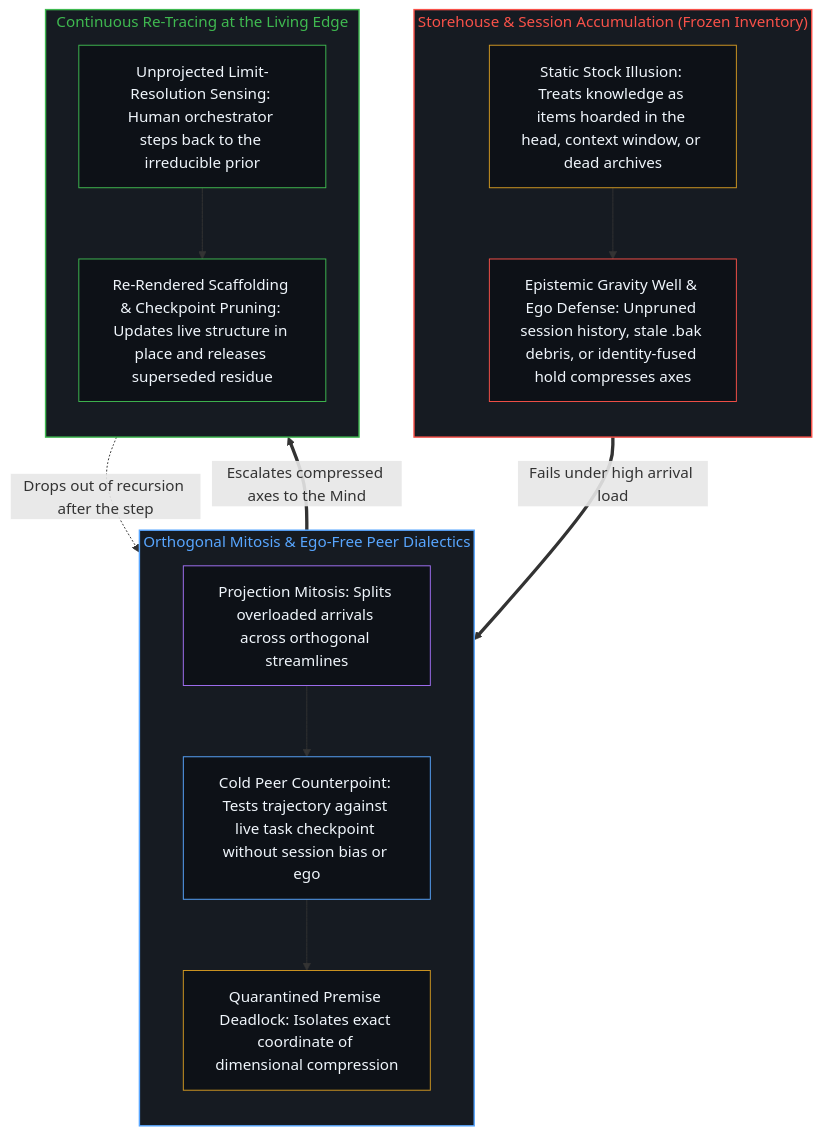
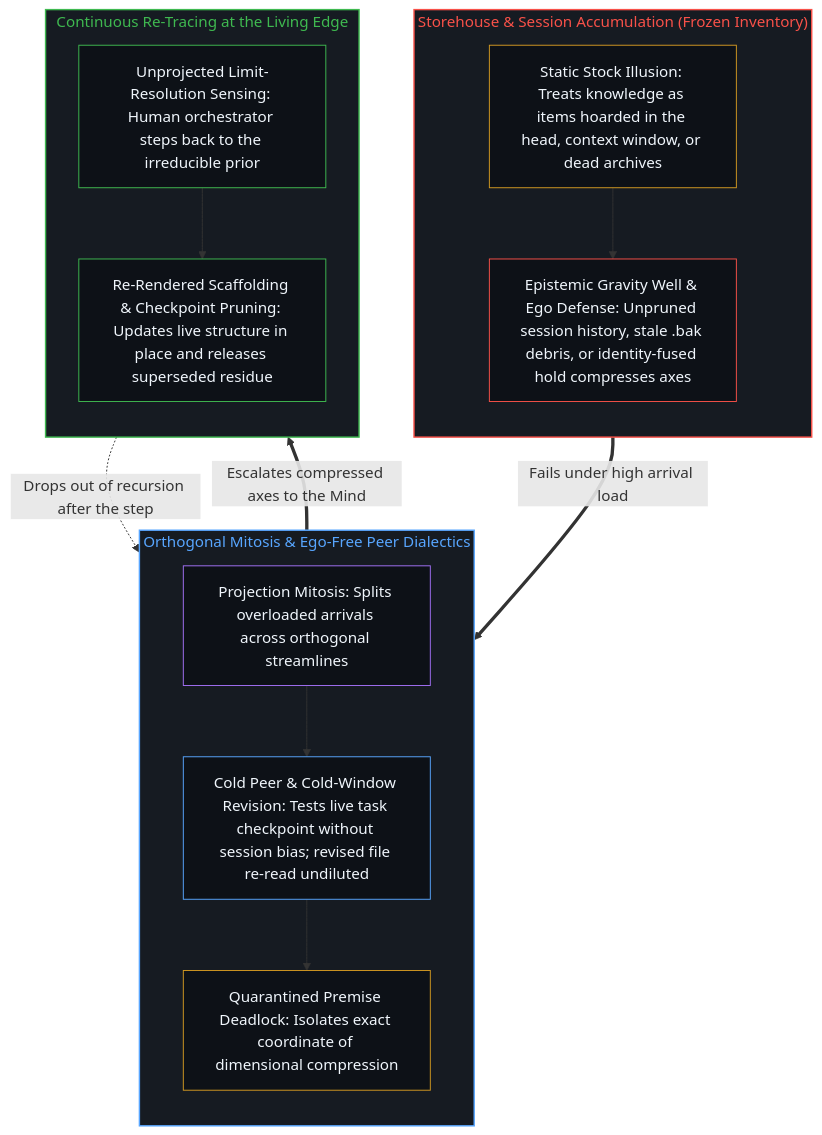
The second of 2 diagrams in content/posts/the-real-scarcity-is-not-memory-but-continuous-re-tracing.md (powerpig99/not-a-toe), drawn with Mermaid before and after one commit. The commit also changed other lines of this file and 48 other files, not shown here.

````diff
--- a/content/posts/the-real-scarcity-is-not-memory-but-continuous-re-tracing.md
+++ b/content/posts/the-real-scarcity-is-not-memory-but-continuous-re-tracing.md
@@ -107,35 +107,35 @@
 ```mermaid
 flowchart TD
     subgraph S_Store["Storehouse & Session Accumulation (Frozen Inventory)"]
         direction TB
         Stock["Static Stock Illusion: Treats knowledge as items hoarded in the head, context window, or dead archives"]
         Well["Epistemic Gravity Well & Ego Defense: Unpruned session history, stale .bak debris, or identity-fused hold compresses axes"]
         Stock --> Well
     end
     subgraph S_Dialectics["Orthogonal Mitosis & Ego-Free Peer Dialectics"]
         direction TB
         Mitosis["Projection Mitosis: Splits overloaded arrivals across orthogonal streamlines"]
-        Peer["Cold Peer Counterpoint: Tests trajectory against live task checkpoint without session bias or ego"]
+        Peer["Cold Peer & Cold-Window Revision: Tests live task checkpoint without session bias; revised file re-read undiluted"]
         Deadlock["Quarantined Premise Deadlock: Isolates exact coordinate of dimensional compression"]
         Mitosis --> Peer --> Deadlock
     end
     subgraph S_Retrace["Continuous Re-Tracing at the Living Edge"]
         direction TB
         StepBack["Unprojected Limit-Resolution Sensing: Human orchestrator steps back to the irreducible prior"]
         Redraw["Re-Rendered Scaffolding & Checkpoint Pruning: Updates live structure in place and releases superseded residue"]
         StepBack --> Redraw
     end
     Well ==>|"Fails under high arrival load"| Mitosis
     Deadlock ==>|"Escalates compressed axes to the Mind"| StepBack
     Redraw -.->|"Drops out of recursion after the step"| Mitosis
     style S_Store fill:#161b22,stroke:#f85149,stroke-width:1.5px,color:#f85149
     style S_Dialectics fill:#161b22,stroke:#58a6ff,stroke-width:1.5px,color:#58a6ff
     style S_Retrace fill:#161b22,stroke:#3fb950,stroke-width:1.5px,color:#3fb950
     style Stock fill:#0d1117,stroke:#d29922,stroke-width:1px,color:#f0f6fc
     style Well fill:#0d1117,stroke:#f85149,stroke-width:1px,color:#f0f6fc
     style Mitosis fill:#0d1117,stroke:#a371f7,stroke-width:1px,color:#f0f6fc
     style Peer fill:#0d1117,stroke:#58a6ff,stroke-width:1px,color:#f0f6fc
     style Deadlock fill:#0d1117,stroke:#d29922,stroke-width:1px,color:#f0f6fc
     style StepBack fill:#0d1117,stroke:#3fb950,stroke-width:1px,color:#f0f6fc
     style Redraw fill:#0d1117,stroke:#3fb950,stroke-width:1px,color:#f0f6fc
 ```
````
